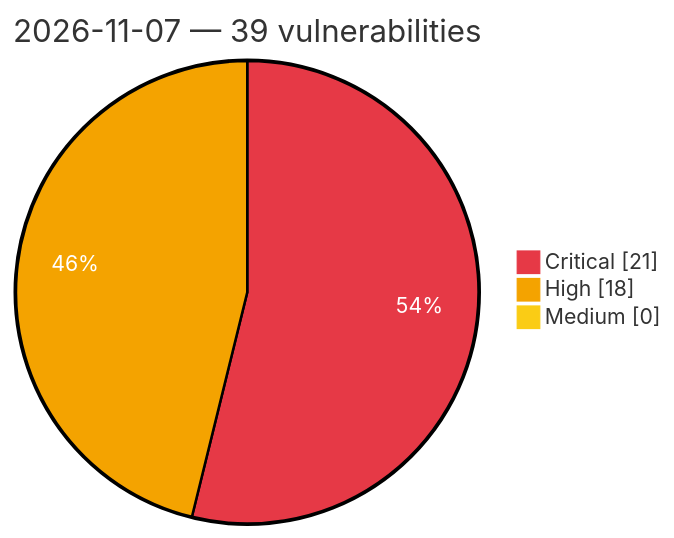
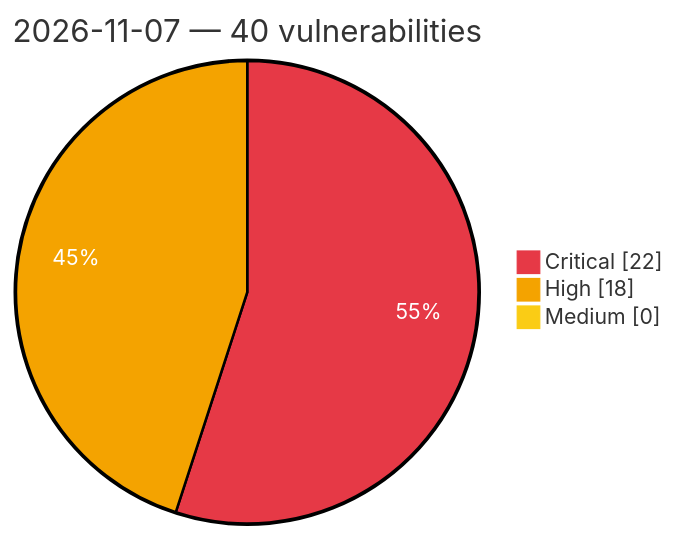
One commit to GhostX0X/vuln-tracker changed the diagram in vulnerabilities/2026/November/2026-11-07.md. Above: the diagram before and after it, drawn with Mermaid. The commit also changed other lines of this file and 5 other files, not shown here.

````diff
--- a/vulnerabilities/2026/November/2026-11-07.md
+++ b/vulnerabilities/2026/November/2026-11-07.md
@@ -3,8 +3,8 @@
 ```mermaid
 %%{init: {'theme':'base', 'themeVariables': {'pie1':'#e63946', 'pie2':'#f4a300', 'pie3':'#facc15', 'pieOpacity':'1', 'pieOuterStrokeWidth':'2px', 'pieSectionTextColor':'#ffffff'}}}%%
 pie showData
-    title 2026-11-07 — 39 vulnerabilities
-    "Critical" : 21
+    title 2026-11-07 — 40 vulnerabilities
+    "Critical" : 22
     "High" : 18
     "Medium" : 0
 ```
````
